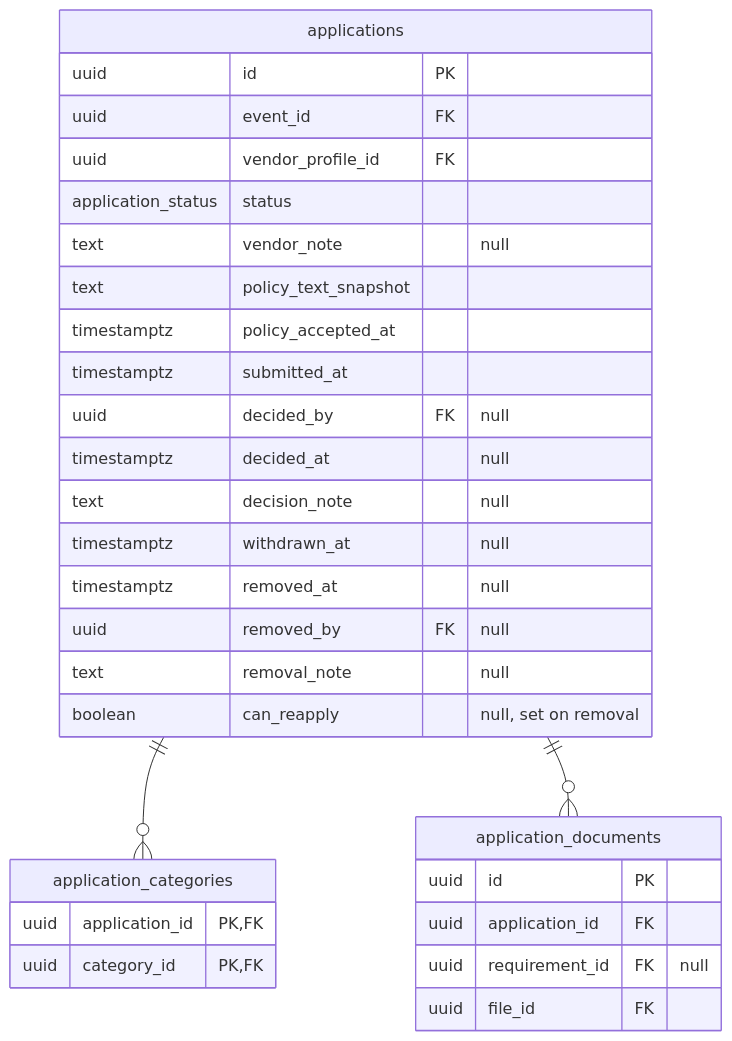
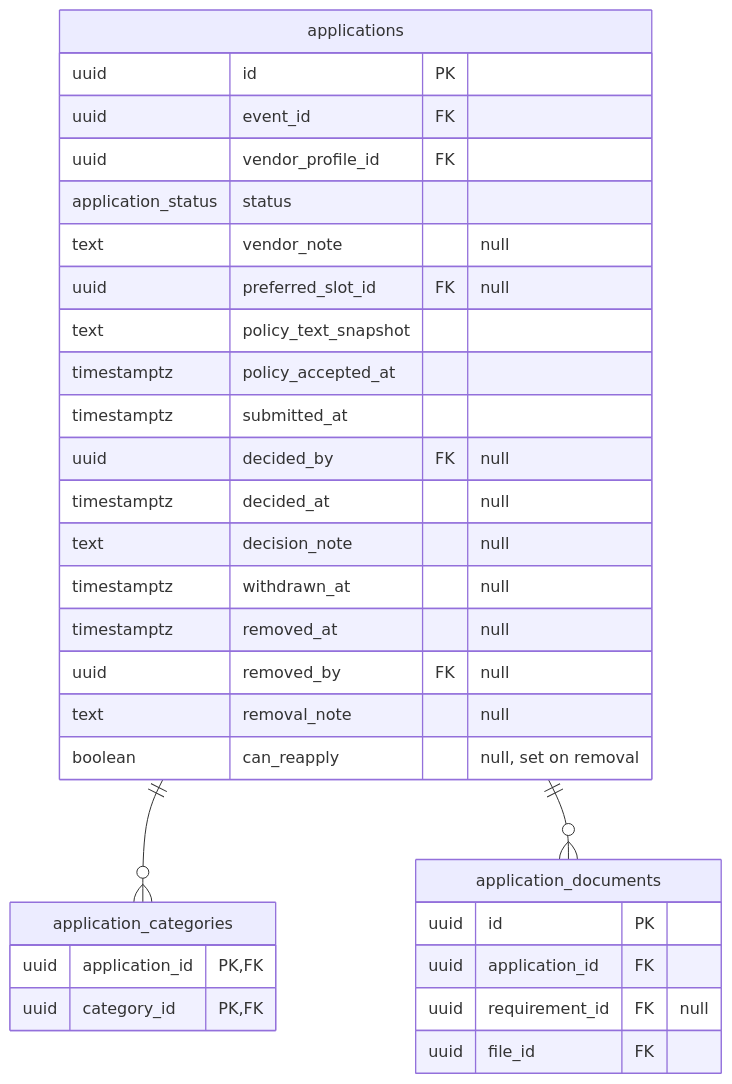
Before and after one commit to Aycees/Creavent: the fifth of 6 diagrams in docs/data-model.md, drawn with Mermaid. The commit also changed other lines of this file and 10 other files, not shown here.

First line of the commit message:
Add preferred slots, slot sections, and policy prefill to the docs

````diff
--- a/docs/data-model.md
+++ b/docs/data-model.md
@@ -531,33 +536,34 @@
 ```mermaid
 erDiagram
     applications {
         uuid id PK
         uuid event_id FK
         uuid vendor_profile_id FK
         application_status status
         text vendor_note "null"
+        uuid preferred_slot_id FK "null"
         text policy_text_snapshot
         timestamptz policy_accepted_at
         timestamptz submitted_at
         uuid decided_by FK "null"
         timestamptz decided_at "null"
         text decision_note "null"
         timestamptz withdrawn_at "null"
         timestamptz removed_at "null"
         uuid removed_by FK "null"
         text removal_note "null"
         boolean can_reapply "null, set on removal"
     }
     application_categories {
         uuid application_id PK,FK
         uuid category_id PK,FK
     }
     application_documents {
         uuid id PK
         uuid application_id FK
         uuid requirement_id FK "null"
         uuid file_id FK
     }
     applications ||--o{ application_categories : ""
     applications ||--o{ application_documents : ""
 ```
````
